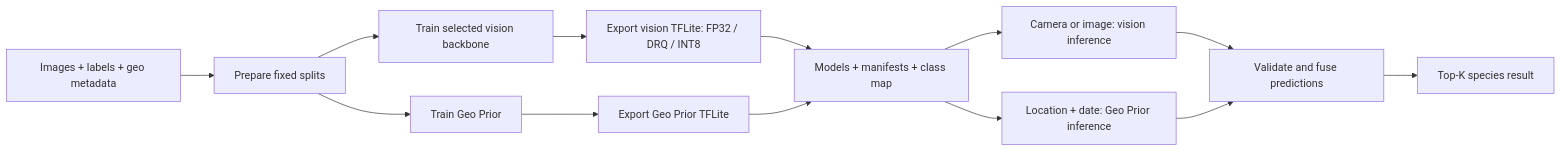
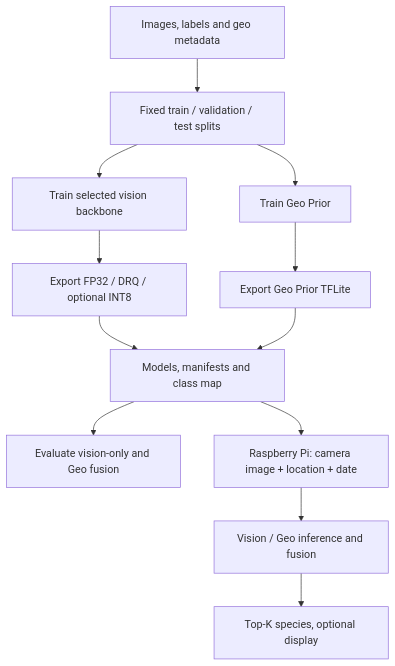
One commit to winson5566/biodiversity-edge-ai changed the diagram in README.md. Above: the diagram before and after it, drawn with Mermaid. The commit also changed other lines of this file and 28 other files, not shown here.

````diff
--- a/README.md
+++ b/README.md
@@ -122,15 +354,14 @@
 ```mermaid
-flowchart LR
-  RAW[Images + labels + geo metadata] --> PREP[Prepare fixed splits]
-  PREP --> VTRAIN[Train selected vision backbone]
-  PREP --> GTRAIN[Train Geo Prior]
-  VTRAIN --> VEXPORT[Export vision TFLite: FP32 / DRQ / INT8]
-  GTRAIN --> GEXPORT[Export Geo Prior TFLite]
-  VEXPORT --> ART[Models + manifests + class map]
-  GEXPORT --> ART
-  ART --> VINF[Camera or image: vision inference]
-  ART --> GINF[Location + date: Geo Prior inference]
-  VINF --> FUSE[Validate and fuse predictions]
-  GINF --> FUSE
-  FUSE --> OUT[Top-K species result]
+flowchart TD
+  A["Images, labels and geo metadata"] --> B["Fixed train / validation / test splits"]
+  B --> C["Train selected vision backbone"]
+  B --> D["Train Geo Prior"]
+  C --> E["Export FP32 / DRQ / optional INT8"]
+  D --> F["Export Geo Prior TFLite"]
+  E --> G["Models, manifests and class map"]
+  F --> G
+  G --> H["Evaluate vision-only and Geo fusion"]
+  G --> I["Raspberry Pi: camera image + location + date"]
+  I --> J["Vision / Geo inference and fusion"]
+  J --> K["Top-K species, optional display"]
 ```
````
